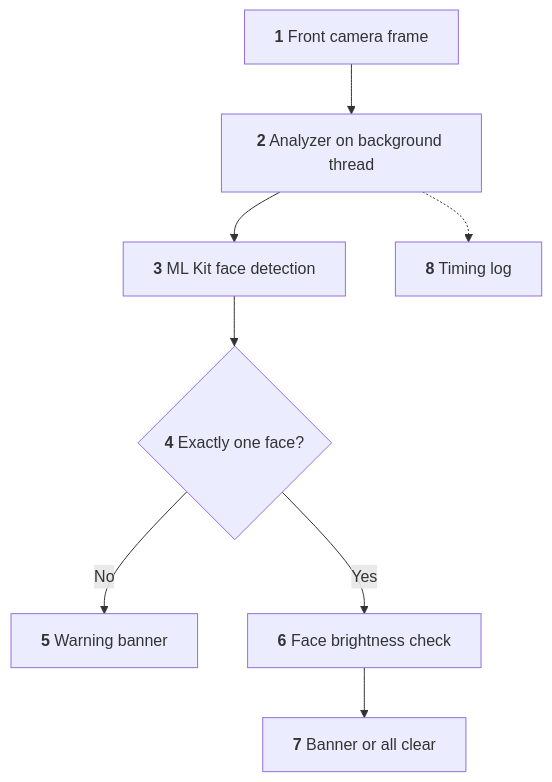
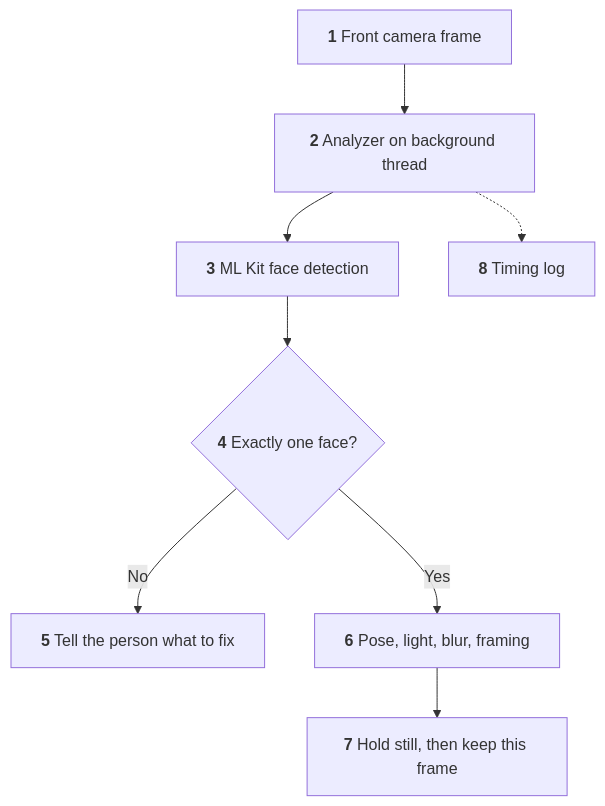
One commit to hamza-aziz-ai/Face-Dataset-Collector changed the first of 2 diagrams in README.md. Above: the diagram before and after it, drawn with Mermaid. The commit also changed other lines of this file and 22 other files, not shown here.

````diff
--- a/README.md
+++ b/README.md
@@ -11,10 +11,10 @@
 ```mermaid
 flowchart TD
     A["`**1** Front camera frame`"] --> B["`**2** Analyzer on background thread`"]
     B --> C["`**3** ML Kit face detection`"]
     C --> D{"`**4** Exactly one face?`"}
-    D -->|No| E["`**5** Warning banner`"]
-    D -->|Yes| F["`**6** Face brightness check`"]
-    F --> G["`**7** Banner or all clear`"]
+    D -->|No| E["`**5** Tell the person what to fix`"]
+    D -->|Yes| F["`**6** Pose, light, blur, framing`"]
+    F --> G["`**7** Hold still, then keep this frame`"]
     B -.-> H["`**8** Timing log`"]
 ```
````
